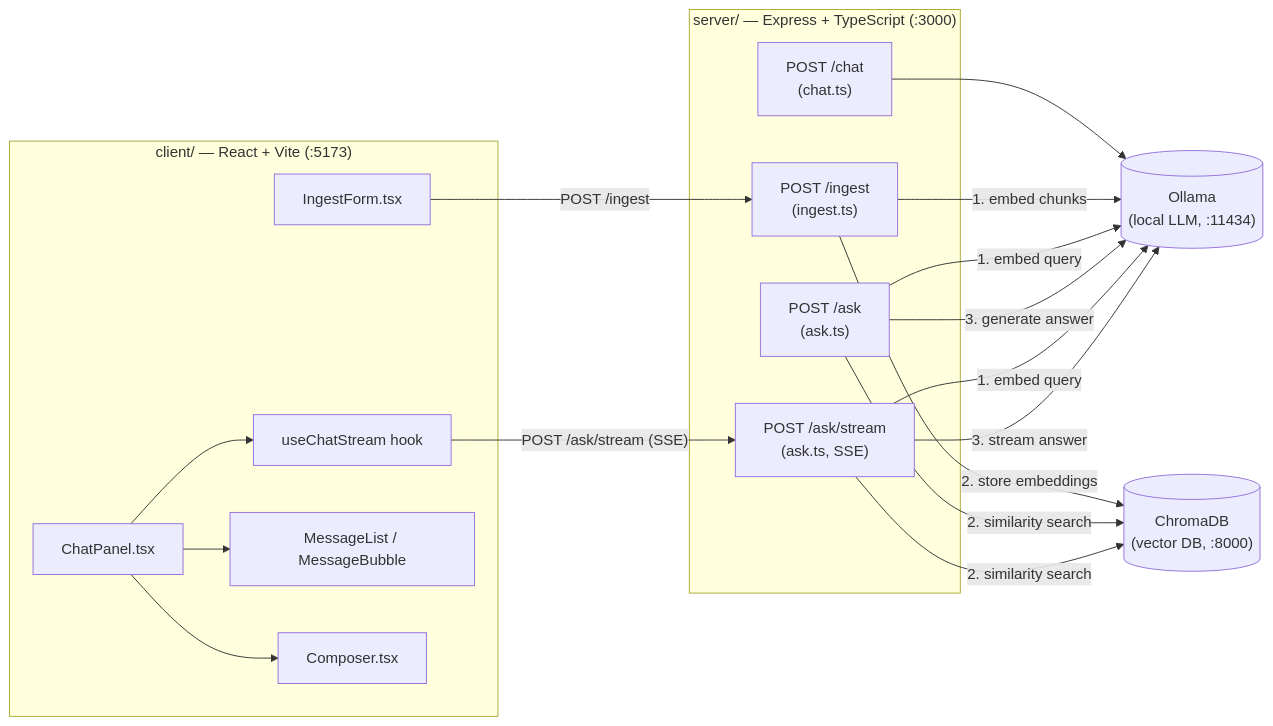
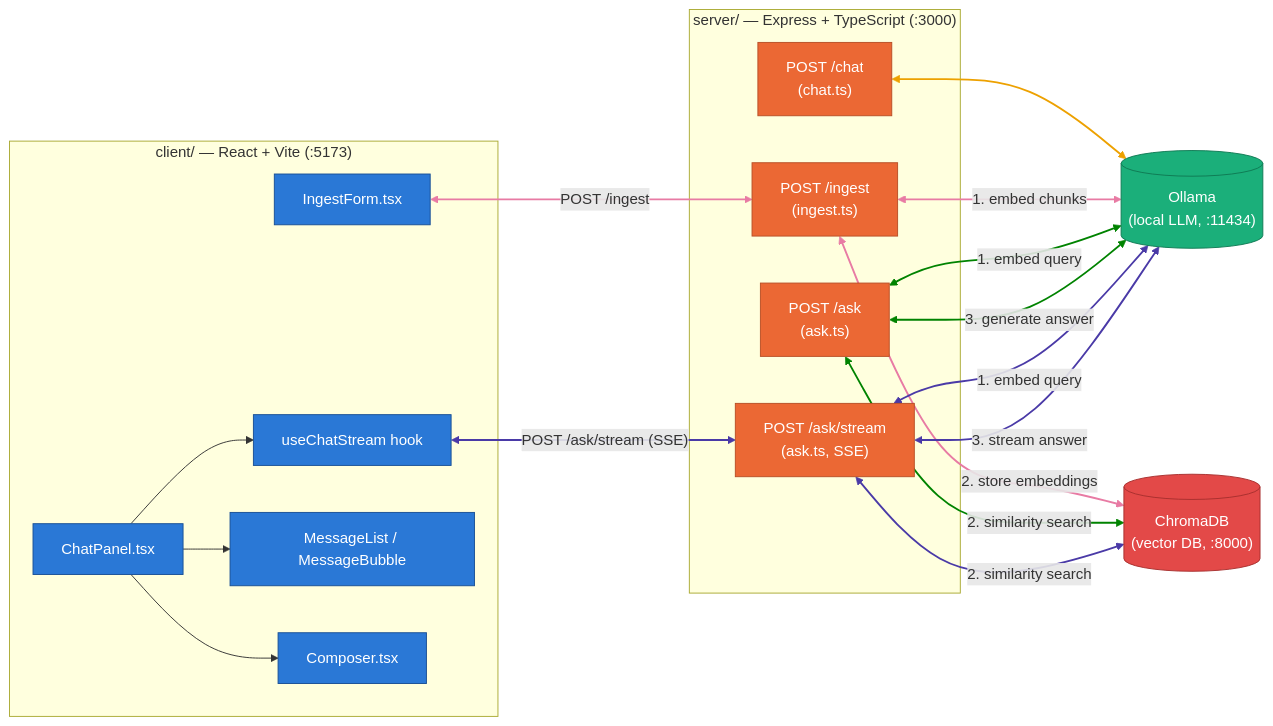
The diagram in README.md (nevinmk/Local-RAG-API-with-LangChain), drawn with Mermaid before and after one commit. The commit also changed other lines of this file, not shown here.

Commit message:
Color-code architecture diagram edges by server route
Add validated categorical colors to the mermaid diagram's nodes and
links, make request/response edges bidirectional, and color each
route's full call chain (client request through downstream services)
so a single endpoint's path can be traced end-to-end.

````diff
--- a/README.md
+++ b/README.md
@@ -9,40 +9,57 @@
 ```mermaid
 graph LR
     subgraph Client["client/ — React + Vite (:5173)"]
         IngestForm["IngestForm.tsx"]
         ChatPanel["ChatPanel.tsx"]
         useChatStream["useChatStream hook"]
         MessageList["MessageList / MessageBubble"]
         Composer["Composer.tsx"]
 
         ChatPanel --> useChatStream
         ChatPanel --> MessageList
         ChatPanel --> Composer
     end
 
     subgraph Server["server/ — Express + TypeScript (:3000)"]
         ChatRoute["POST /chat\n(chat.ts)"]
         IngestRoute["POST /ingest\n(ingest.ts)"]
         AskRoute["POST /ask\n(ask.ts)"]
         AskStreamRoute["POST /ask/stream\n(ask.ts, SSE)"]
     end
 
     Ollama[("Ollama\n(local LLM, :11434)")]
     ChromaDB[("ChromaDB\n(vector DB, :8000)")]
 
-    IngestForm -- "POST /ingest" --> IngestRoute
-    useChatStream -- "POST /ask/stream (SSE)" --> AskStreamRoute
+    IngestForm <-- "POST /ingest" --> IngestRoute
+    useChatStream <-- "POST /ask/stream (SSE)" --> AskStreamRoute
 
-    ChatRoute --> Ollama
+    ChatRoute <--> Ollama
 
-    IngestRoute -- "1. embed chunks" --> Ollama
-    IngestRoute -- "2. store embeddings" --> ChromaDB
+    IngestRoute <-- "1. embed chunks" --> Ollama
+    IngestRoute <-- "2. store embeddings" --> ChromaDB
 
-    AskRoute -- "1. embed query" --> Ollama
-    AskRoute -- "2. similarity search" --> ChromaDB
-    AskRoute -- "3. generate answer" --> Ollama
+    AskRoute <-- "1. embed query" --> Ollama
+    AskRoute <-- "2. similarity search" --> ChromaDB
+    AskRoute <-- "3. generate answer" --> Ollama
 
-    AskStreamRoute -- "1. embed query" --> Ollama
-    AskStreamRoute -- "2. similarity search" --> ChromaDB
-    AskStreamRoute -- "3. stream answer" --> Ollama
+    AskStreamRoute <-- "1. embed query" --> Ollama
+    AskStreamRoute <-- "2. similarity search" --> ChromaDB
+    AskStreamRoute <-- "3. stream answer" --> Ollama
+
+    classDef client fill:#2a78d6,stroke:#184f95,color:#ffffff;
+    classDef server fill:#eb6834,stroke:#b84f26,color:#ffffff;
+    classDef ollama fill:#1baf7a,stroke:#0f7a54,color:#ffffff;
+    classDef chroma fill:#e34948,stroke:#a82f2e,color:#ffffff;
+
+    class IngestForm,ChatPanel,useChatStream,MessageList,Composer client;
+    class ChatRoute,IngestRoute,AskRoute,AskStreamRoute server;
+    class Ollama ollama;
+    class ChromaDB chroma;
+
+    %% link indices: 0-2 UI composition (default, not a server call)
+    %% 5 = /chat, 3+6+7 = /ingest, 8-10 = /ask, 4+11-13 = /ask/stream
+    linkStyle 5 stroke:#eda100,stroke-width:2px;
+    linkStyle 3,6,7 stroke:#e87ba4,stroke-width:2px;
+    linkStyle 8,9,10 stroke:#008300,stroke-width:2px;
+    linkStyle 4,11,12,13 stroke:#4a3aa7,stroke-width:2px;
 ```
````
